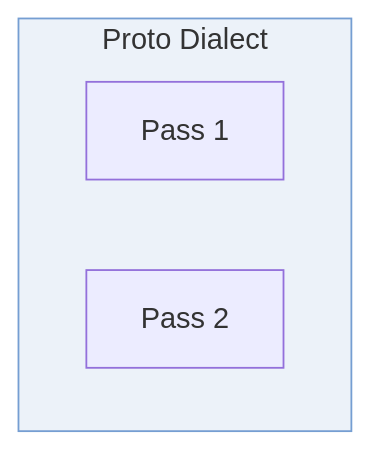
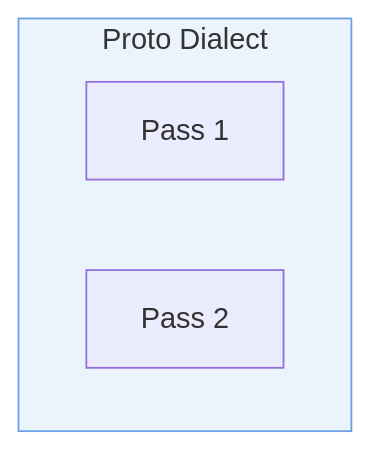
The third of 3 diagrams in docs/MERMAID_EXPORT.md (alnovis/nebula), drawn with Mermaid before and after one commit. The commit also changed other lines of this file and 20 other files, not shown here.

````diff
--- a/docs/MERMAID_EXPORT.md
+++ b/docs/MERMAID_EXPORT.md
@@ -227,9 +227,9 @@
 ```mermaid
 flowchart TB
     subgraph proto["Proto Dialect"]
         P1["Pass 1"]
         P2["Pass 2"]
     end
 
-    style proto fill:#759ed222,stroke:#759ed2
+    style proto fill:#6ca1e522,stroke:#6ca1e5
 ```
````
